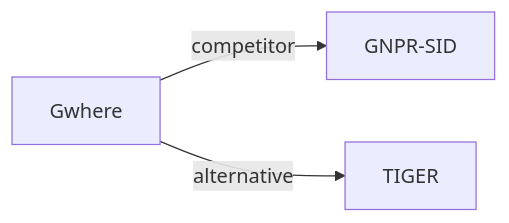
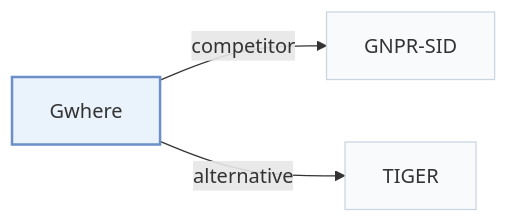
Before and after one commit to Galaxy-ghost/Awesome-SID-Generative-Rec: the third of 3 diagrams in pages/papers/gwhere.md, drawn with Mermaid. The commit also changed other lines of this file and 649 other files, not shown here.

Commit message:
writer-05: also tags and modality index (schema, check, build, visuals); summary field removed; calibration data for 12 papers

````diff
--- a/pages/papers/gwhere.md
+++ b/pages/papers/gwhere.md
@@ -125,6 +135,10 @@
 ```mermaid
 flowchart LR
     P["Gwhere"]
-    P -->|competitor| A["GNPR-SID"]
-    P -->|alternative| B["TIGER"]
+    P -->|"competitor"| A["GNPR-SID"]
+    P -->|"alternative"| B["TIGER"]
+    classDef main fill:#eaf2fb,stroke:#6b8fc7,stroke-width:2px
+    classDef peer fill:#f8fafc,stroke:#cbd5e1
+    class P main
+    class A,B peer
 ```
````
